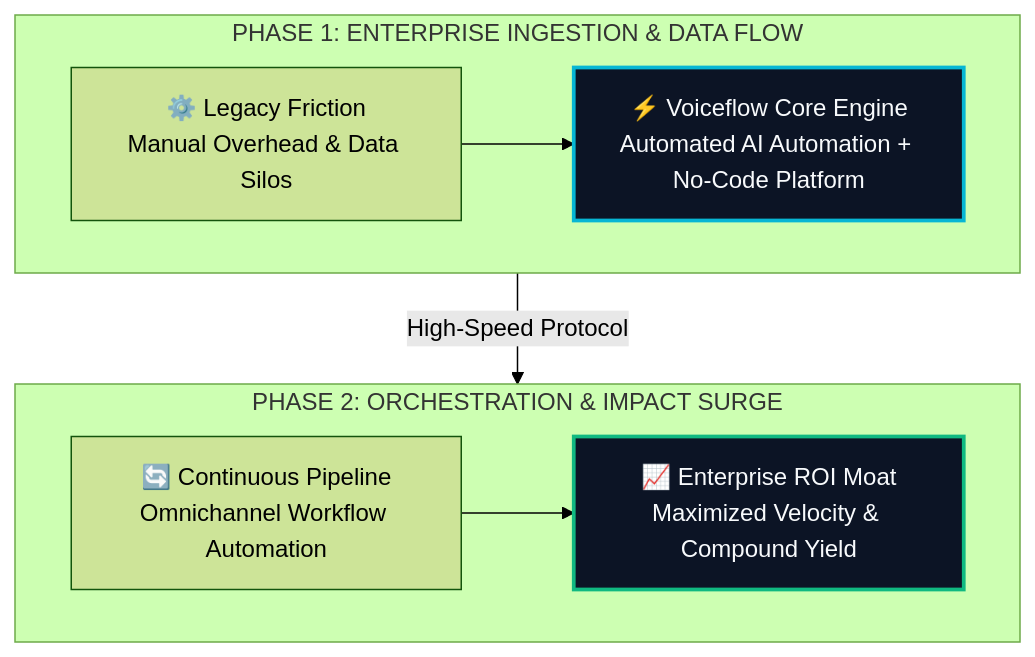
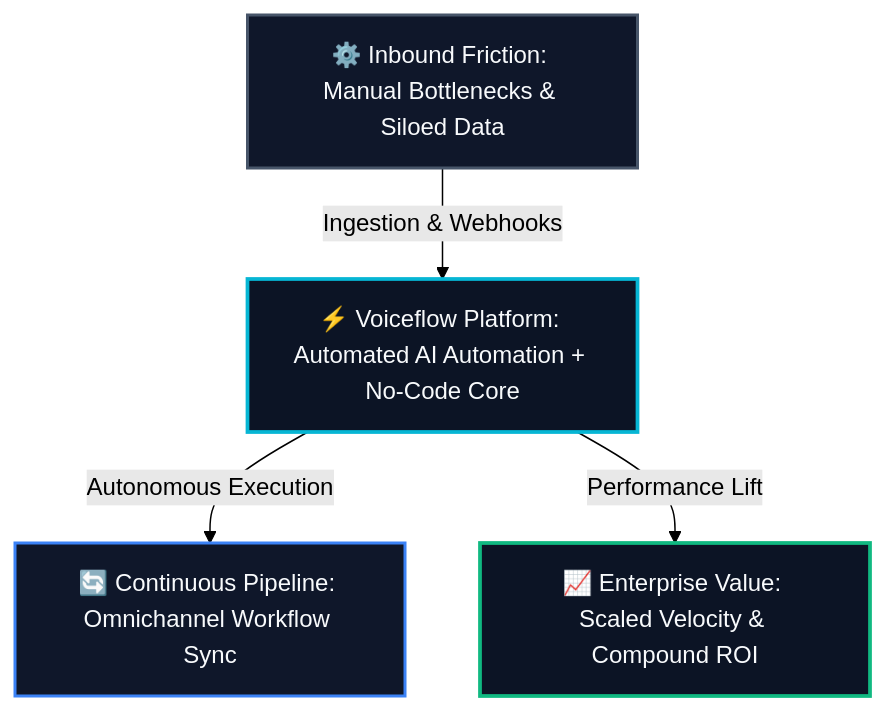
The diagram in site/src/content/blog/voiceflow.md (heliatech-media/saas-radar), drawn with Mermaid (forest theme) before and after one commit. The commit also changed 93 other files, not shown here.

First line of the commit message:
fix(diagrams): resolve dagre-d3 subgraph collision by migrating to balanced 3-tier Hub & Spoke architecture

````diff
--- a/site/src/content/blog/voiceflow.md
+++ b/site/src/content/blog/voiceflow.md
@@ -54,14 +54,14 @@
 ```mermaid
 flowchart TD
-    subgraph S1["PHASE 1: ENTERPRISE INGESTION & DATA FLOW"]
-        direction LR
-        A["⚙️ Legacy Friction<br/>Manual Overhead & Data Silos"] --> B["⚡ Voiceflow Core Engine<br/>Automated AI Automation + No-Code Platform"]
-    end
-    subgraph S2["PHASE 2: ORCHESTRATION & IMPACT SURGE"]
-        direction LR
-        C["🔄 Continuous Pipeline<br/>Omnichannel Workflow Automation"] --> D["📈 Enterprise ROI Moat<br/>Maximized Velocity & Compound Yield"]
-    end
-    S1 -->|High-Speed Protocol| S2
-    style B fill:#0c1425,stroke:#06b6d4,stroke-width:2.5px,color:#f8fafc
-    style D fill:#0c1425,stroke:#10b981,stroke-width:2.5px,color:#f8fafc
+    Inp["⚙️ Inbound Friction: Manual Bottlenecks & Siloed Data"]
+    Eng["⚡ Voiceflow Platform: Automated AI Automation + No-Code Core"]
+    Out1["🔄 Continuous Pipeline: Omnichannel Workflow Sync"]
+    Out2["📈 Enterprise Value: Scaled Velocity & Compound ROI"]
+    Inp -->|Ingestion & Webhooks| Eng
+    Eng -->|Autonomous Execution| Out1
+    Eng -->|Performance Lift| Out2
+    style Inp fill:#0f172a,stroke:#475569,stroke-width:2px,color:#f8fafc
+    style Eng fill:#0c1425,stroke:#06b6d4,stroke-width:2.5px,color:#f8fafc
+    style Out1 fill:#0f172a,stroke:#3b82f6,stroke-width:2px,color:#f8fafc
+    style Out2 fill:#0c1425,stroke:#10b981,stroke-width:2.5px,color:#f8fafc
 ```
````
